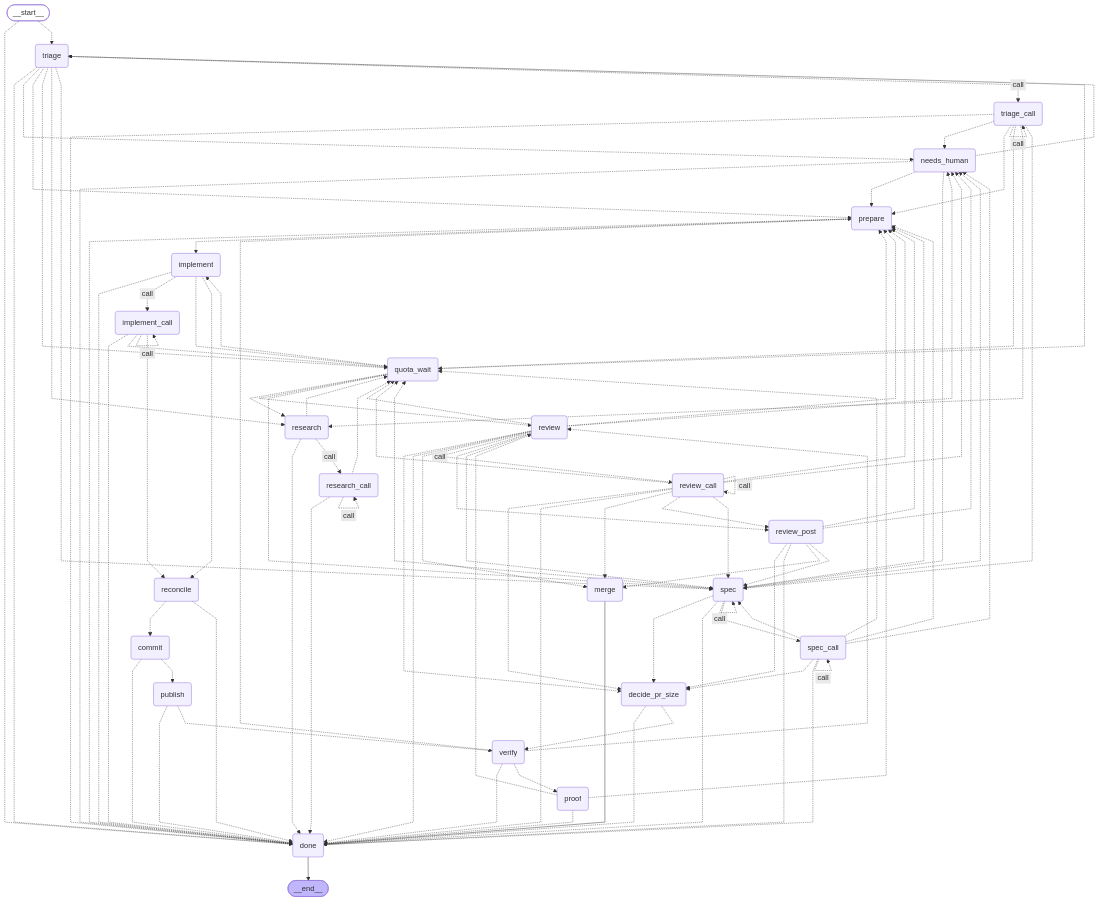
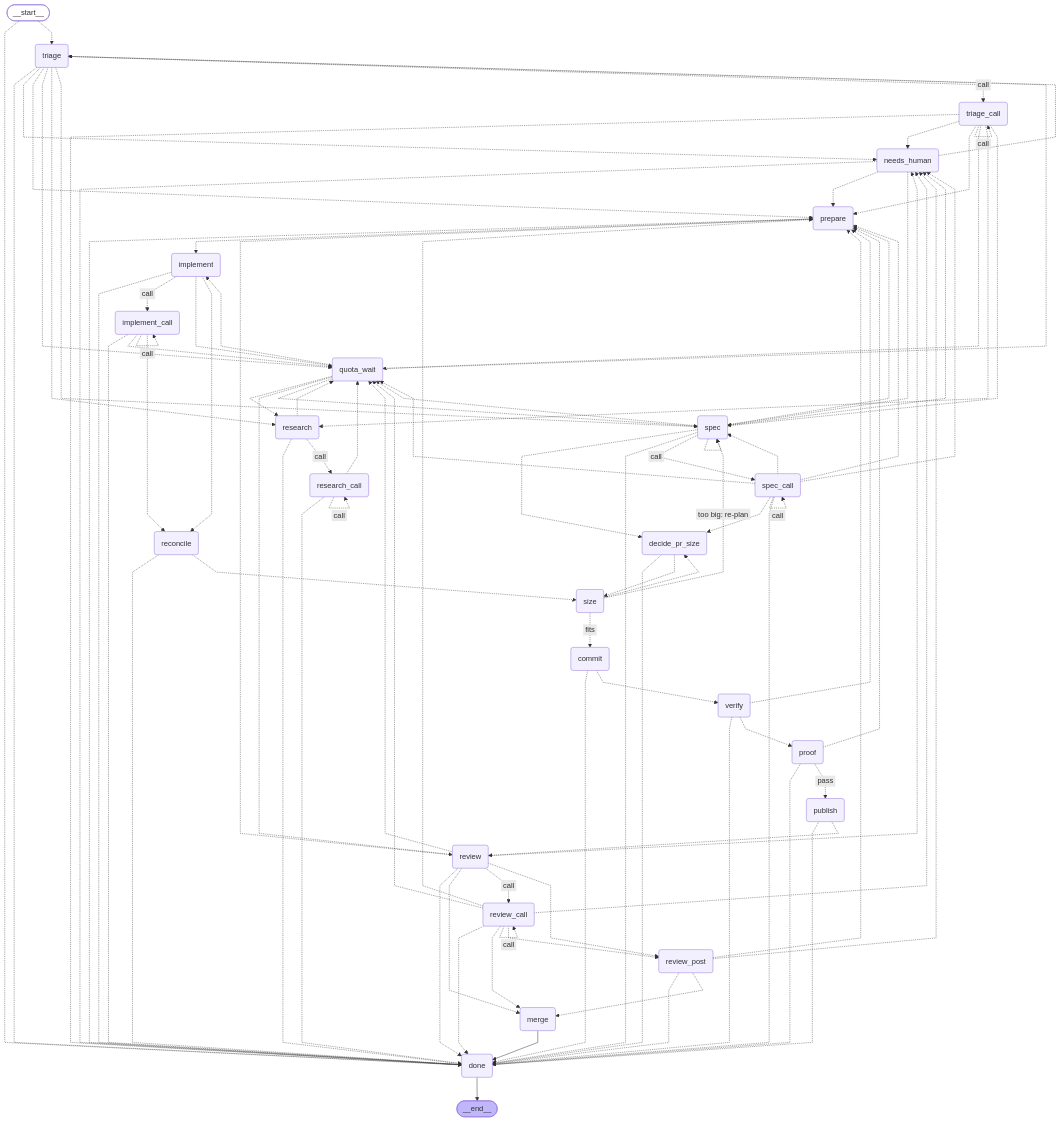
One commit to bookout-labs/tools changed the third of 3 diagrams in README.md. Above: the diagram before and after it, drawn with Mermaid. The commit also changed other lines of this file and 15 other files, not shown here.

First line of the commit message:
Pre-commit size step and checked publication (#120 slice 9f) (#224)

```diff
--- a/README.md
+++ b/README.md
@@ -89,6 +89,7 @@
 	verify(verify)
 	prepare(prepare)
 	reconcile(reconcile)
+	size(size)
 	commit(commit)
 	publish(publish)
 	proof(proof)
@@ -102,9 +103,9 @@
 	__start__ -.-> done;
 	__start__ -.-> triage;
 	commit -.-> done;
-	commit -.-> publish;
+	commit -.-> verify;
 	decide_pr_size -.-> done;
-	decide_pr_size -.-> verify;
+	decide_pr_size -.-> size;
 	implement -.-> done;
 	implement -. &nbsp;call&nbsp; .-> implement_call;
 	implement -.-> quota_wait;
@@ -121,22 +122,21 @@
 	prepare -.-> implement;
 	proof -.-> done;
 	proof -.-> prepare;
-	proof -.-> review;
+	proof -. &nbsp;pass&nbsp; .-> publish;
 	publish -.-> done;
-	publish -.-> verify;
+	publish -.-> review;
 	quota_wait -.-> implement;
 	quota_wait -.-> research;
 	quota_wait -.-> review;
 	quota_wait -.-> spec;
 	quota_wait -.-> triage;
-	reconcile -.-> commit;
 	reconcile -.-> done;
+	reconcile -.-> size;
 	research -.-> done;
 	research -.-> quota_wait;
 	research -. &nbsp;call&nbsp; .-> research_call;
 	research_call -.-> done;
 	research_call -.-> quota_wait;
-	review -.-> decide_pr_size;
 	review -.-> done;
 	review -.-> merge;
 	review -.-> needs_human;
@@ -144,21 +144,19 @@
 	review -.-> quota_wait;
 	review -. &nbsp;call&nbsp; .-> review_call;
 	review -.-> review_post;
-	review -.-> spec;
-	review_call -.-> decide_pr_size;
 	review_call -.-> done;
 	review_call -.-> merge;
 	review_call -.-> needs_human;
 	review_call -.-> prepare;
 	review_call -.-> quota_wait;
 	review_call -.-> review_post;
-	review_call -.-> spec;
-	review_post -.-> decide_pr_size;
 	review_post -.-> done;
 	review_post -.-> merge;
 	review_post -.-> needs_human;
 	review_post -.-> prepare;
-	review_post -.-> spec;
+	size -. &nbsp;fits&nbsp; .-> commit;
+	size -.-> decide_pr_size;
+	size -. &nbsp;too big: re-plan&nbsp; .-> spec;
 	spec -.-> decide_pr_size;
 	spec -.-> done;
 	spec -.-> needs_human;
@@ -187,7 +185,6 @@
 	verify -.-> done;
 	verify -.-> prepare;
 	verify -.-> proof;
-	verify -.-> review;
 	done --> __end__;
 	implement_call -. &nbsp;call&nbsp; .-> implement_call;
 	research_call -. &nbsp;call&nbsp; .-> research_call;
```
